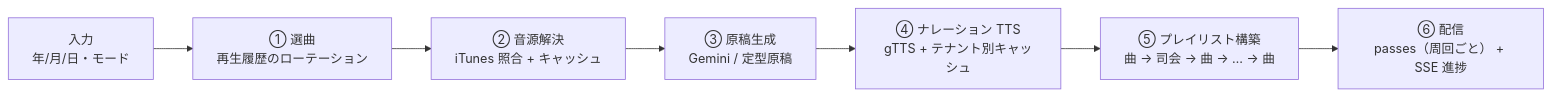
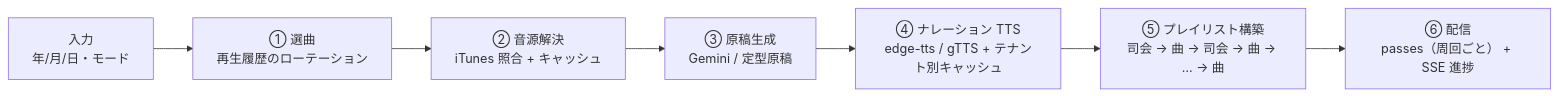
Before and after one commit to annahoikuen-debug/oldradio: the diagram in README.md, drawn with Mermaid. The commit also changed other lines of this file and 23 other files, not shown here.

First line of the commit message:
feat: edge-tts を主軸にした TTS エンジン抽象化

````diff
--- a/README.md
+++ b/README.md
@@ -78,9 +78,9 @@
 ```mermaid
 flowchart LR
   A["入力<br/>年/月/日・モード"] --> B["① 選曲<br/>再生履歴のローテーション"]
   B --> C["② 音源解決<br/>iTunes 照合 + キャッシュ"]
   C --> D["③ 原稿生成<br/>Gemini / 定型原稿"]
-  D --> E["④ ナレーション TTS<br/>gTTS + テナント別キャッシュ"]
-  E --> F["⑤ プレイリスト構築<br/>曲 → 司会 → 曲 → … → 曲"]
+  D --> E["④ ナレーション TTS<br/>edge-tts / gTTS + テナント別キャッシュ"]
+  E --> F["⑤ プレイリスト構築<br/>司会 → 曲 → 司会 → 曲 → … → 曲"]
   F --> G["⑥ 配信<br/>passes（周回ごと） + SSE 進捗"]
 ```
````
